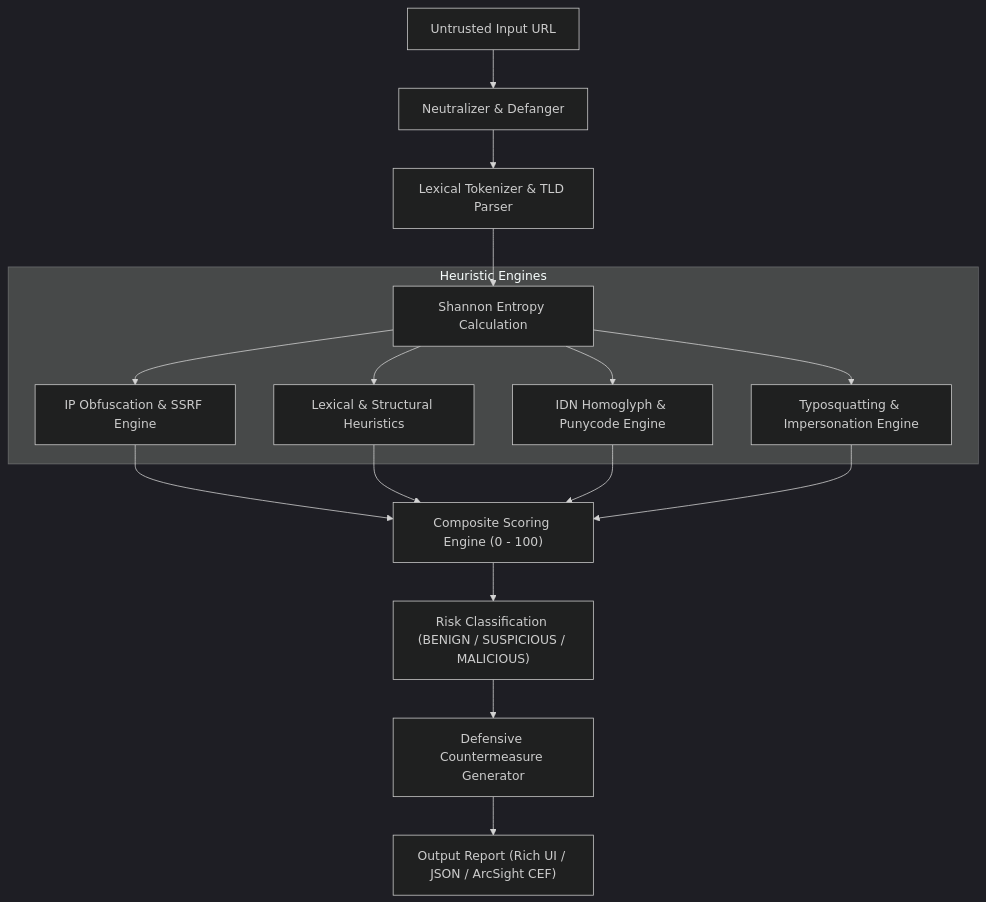
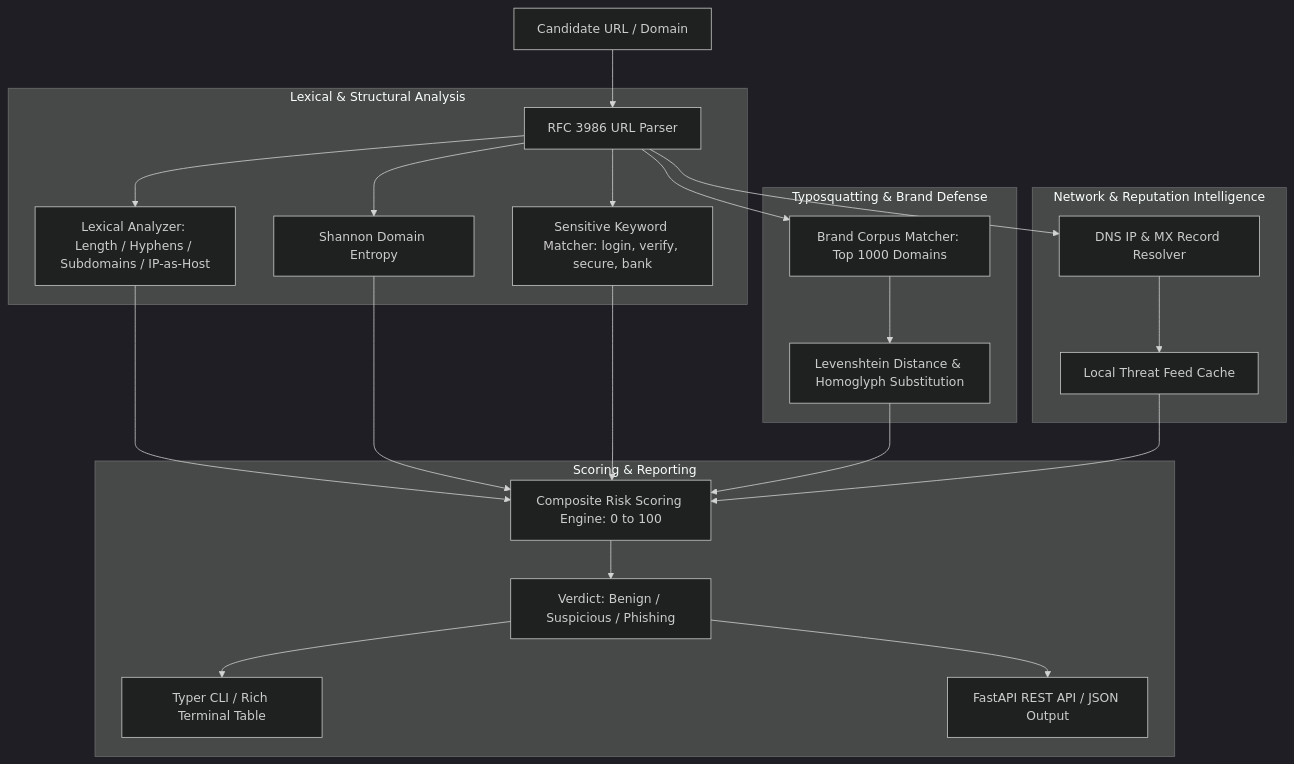
The diagram in README.md (Krish9800/phishing-url-analyzer), drawn with Mermaid (dark theme) before and after one commit. The commit also changed other lines of this file, not shown here.

Commit message:
docs: comprehensive technical README refresh and architecture documentation

````diff
--- a/README.md
+++ b/README.md
@@ -31,22 +23,32 @@
 ```mermaid
 flowchart TD
-    A["Untrusted Input URL"] --> B["Neutralizer & Defanger"]
-    B --> C["Lexical Tokenizer & TLD Parser"]
-    C --> D["Shannon Entropy Calculation"]
-    
-    subgraph Heuristic Engines
-        D --> H1["IP Obfuscation & SSRF Engine"]
-        D --> H2["Lexical & Structural Heuristics"]
-        D --> H3["IDN Homoglyph & Punycode Engine"]
-        D --> H4["Typosquatting & Impersonation Engine"]
+    URLInput[Candidate URL / Domain] --> Parser[RFC 3986 URL Parser]
+
+    subgraph Lexical & Structural Analysis
+        Parser --> Lexical[Lexical Analyzer: Length / Hyphens / Subdomains / IP-as-Host]
+        Parser --> Entropy[Shannon Domain Entropy]
+        Parser --> Keywords[Sensitive Keyword Matcher: login, verify, secure, bank]
     end
-    
-    H1 --> E["Composite Scoring Engine (0 - 100)"]
-    H2 --> E
-    H3 --> E
-    H4 --> E
-    
-    E --> F["Risk Classification (BENIGN / SUSPICIOUS / MALICIOUS)"]
-    F --> G["Defensive Countermeasure Generator"]
-    G --> R["Output Report (Rich UI / JSON / ArcSight CEF)"]
+
+    subgraph Typosquatting & Brand Defense
+        Parser --> BrandMatcher[Brand Corpus Matcher: Top 1000 Domains]
+        BrandMatcher --> Levenshtein[Levenshtein Distance & Homoglyph Substitution]
+    end
+
+    subgraph Network & Reputation Intelligence
+        Parser --> DNSResolver[DNS IP & MX Record Resolver]
+        DNSResolver --> Blacklist[Local Threat Feed Cache]
+    end
+
+    subgraph Scoring & Reporting
+        Lexical --> Scorer[Composite Risk Scoring Engine: 0 to 100]
+        Entropy --> Scorer
+        Keywords --> Scorer
+        Levenshtein --> Scorer
+        Blacklist --> Scorer
+
+        Scorer --> Verdict[Verdict: Benign / Suspicious / Phishing]
+        Verdict --> RichCLI[Typer CLI / Rich Terminal Table]
+        Verdict --> REST[FastAPI REST API / JSON Output]
+    end
 ```
````
